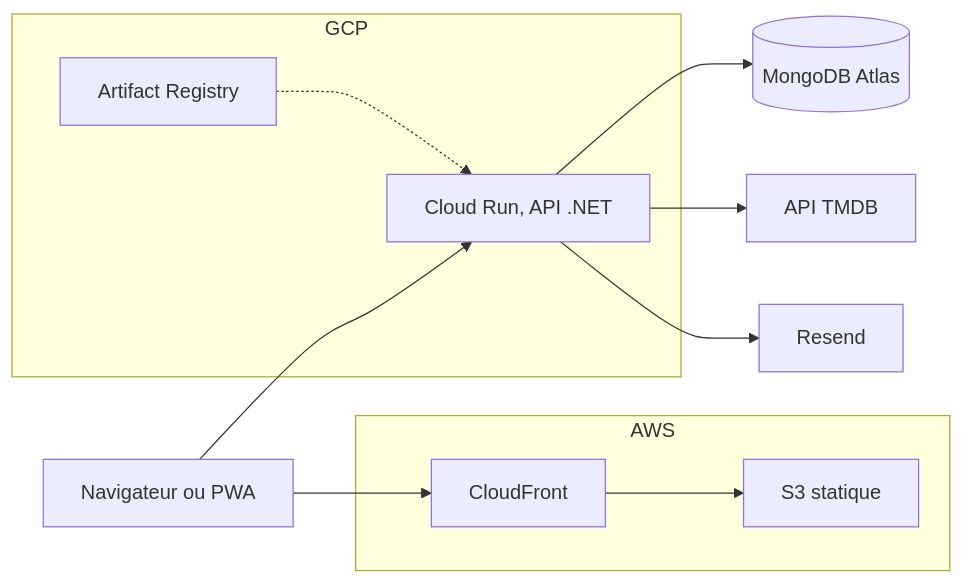
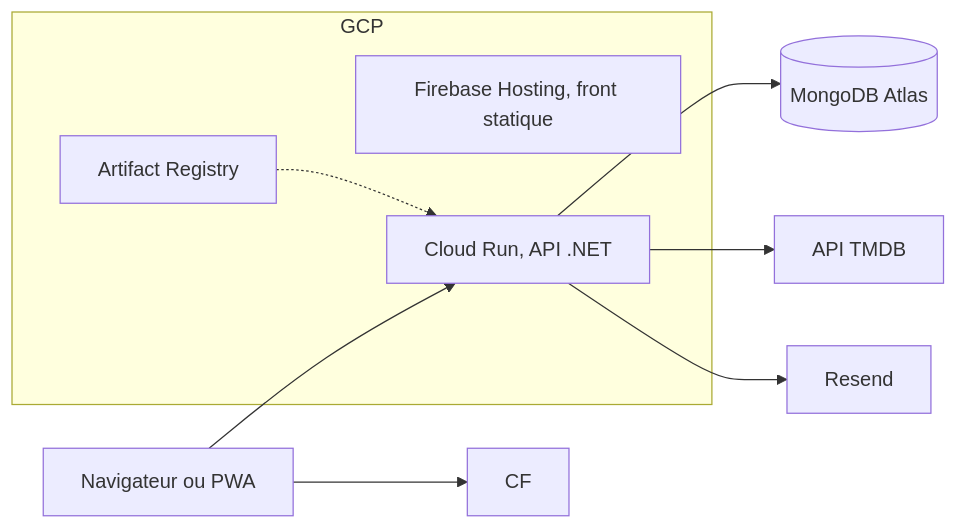
Before and after one commit to Affy657/Movie-Picker: the diagram in README.md, drawn with Mermaid. The commit also changed other lines of this file and 35 other files, not shown here.

````diff
--- a/README.md
+++ b/README.md
@@ -44,15 +44,13 @@
 ```mermaid
 flowchart LR
   Browser[Navigateur ou PWA]
-  subgraph aws [AWS]
-    CF[CloudFront] --> S3[S3 statique]
-  end
   subgraph gcp [GCP]
+    FH[Firebase Hosting, front statique]
     AR[Artifact Registry] -.-> CR[Cloud Run, API .NET]
   end
   Browser --> CF
   Browser --> CR
   CR --> Mongo[(MongoDB Atlas)]
   CR --> TMDB[API TMDB]
   CR --> Resend[Resend]
 ```
````
